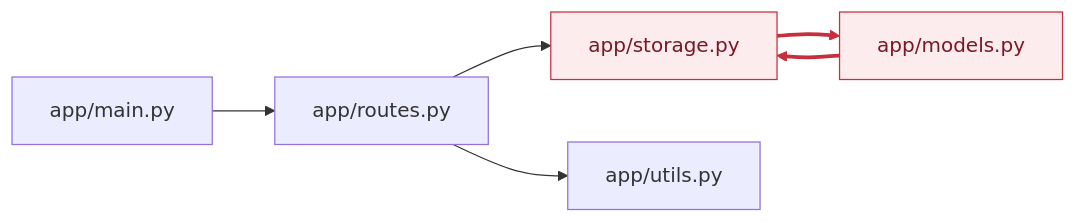
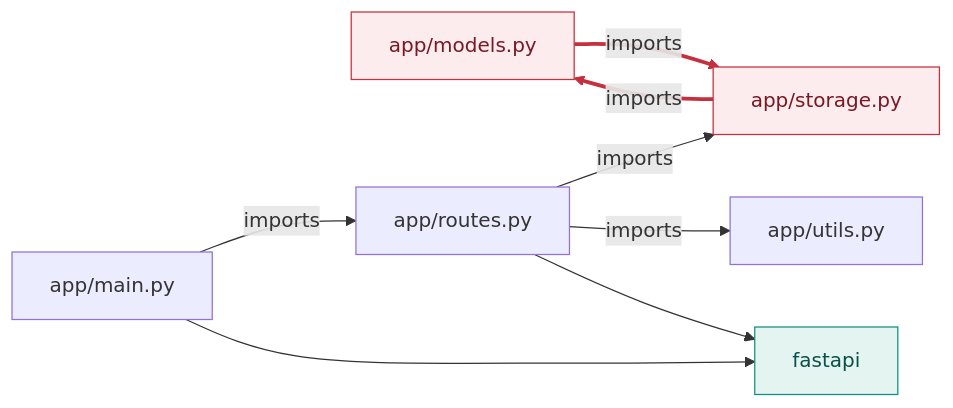
Before and after one commit to hxxnn/codemap: the diagram in examples/python-todo-api/docs/codemap/dependency-graph.md, drawn with Mermaid. The commit also changed other lines of this file and 35 other files, not shown here.

First line of the commit message:
test: regenerate examples with the final diagram rules

````diff
--- a/examples/python-todo-api/docs/codemap/dependency-graph.md
+++ b/examples/python-todo-api/docs/codemap/dependency-graph.md
@@ -14,17 +16,21 @@
 ```mermaid
 flowchart LR
-    n1["app/main.py"]
-    n2["app/routes.py"]
-    n3["app/storage.py"]
-    n4["app/models.py"]
-    n5["app/utils.py"]
-    n1 --> n2
-    n2 --> n3
-    n2 --> n5
-    n3 --> n4
-    n4 --> n3
+    models["app/models.py"]
+    storage["app/storage.py"]
+    main["app/main.py"]
+    routes["app/routes.py"]
+    utils["app/utils.py"]
+    fastapi["fastapi"]:::external
+    models -->|"imports"| storage
+    storage -->|"imports"| models
+    main -->|"imports"| routes
+    routes -->|"imports"| storage
+    routes -->|"imports"| utils
+    main --> fastapi
+    routes --> fastapi
+    linkStyle 0 stroke:#C62F3E,stroke-width:3px
+    linkStyle 1 stroke:#C62F3E,stroke-width:3px
+    classDef external fill:#E3F4F1,stroke:#0E8F83,color:#0B4F49
     classDef cycle fill:#FDECEE,stroke:#C62F3E,color:#7A1823
-    class n3,n4 cycle
-    linkStyle 3 stroke:#C62F3E,stroke-width:3px
-    linkStyle 4 stroke:#C62F3E,stroke-width:3px
+    class models,storage cycle
 ```
````
